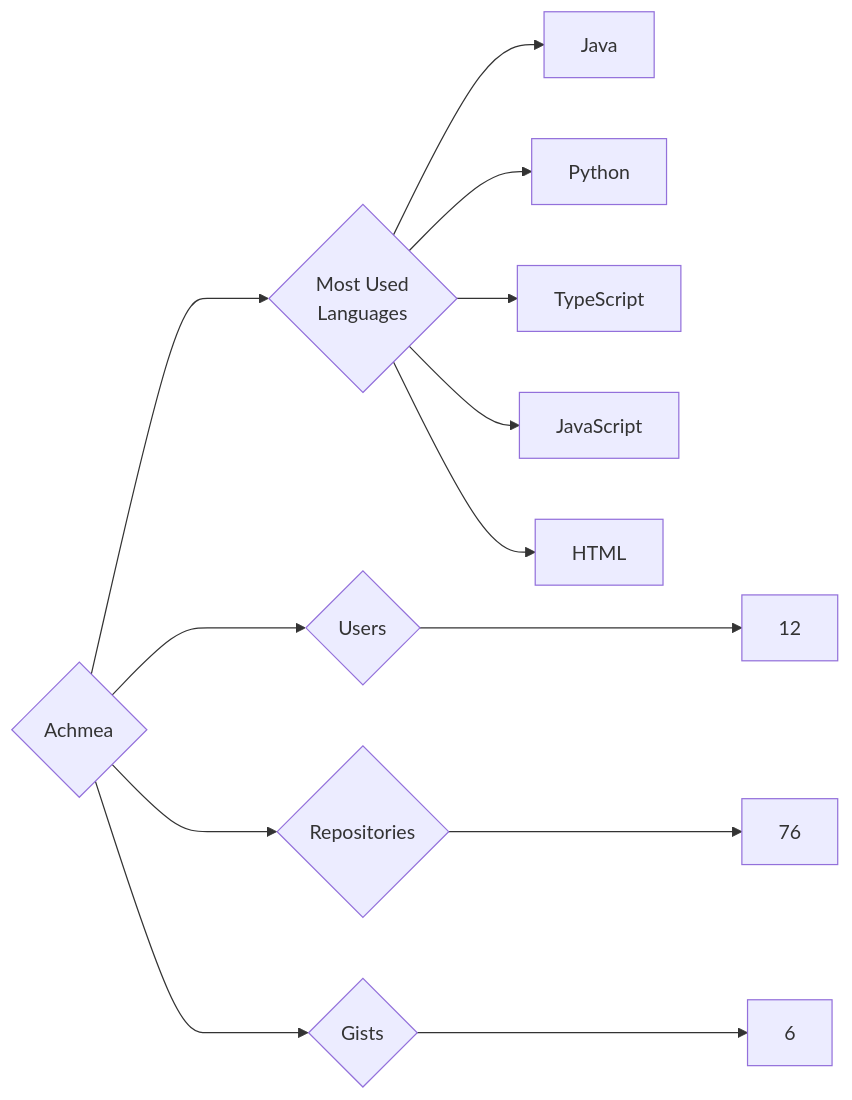
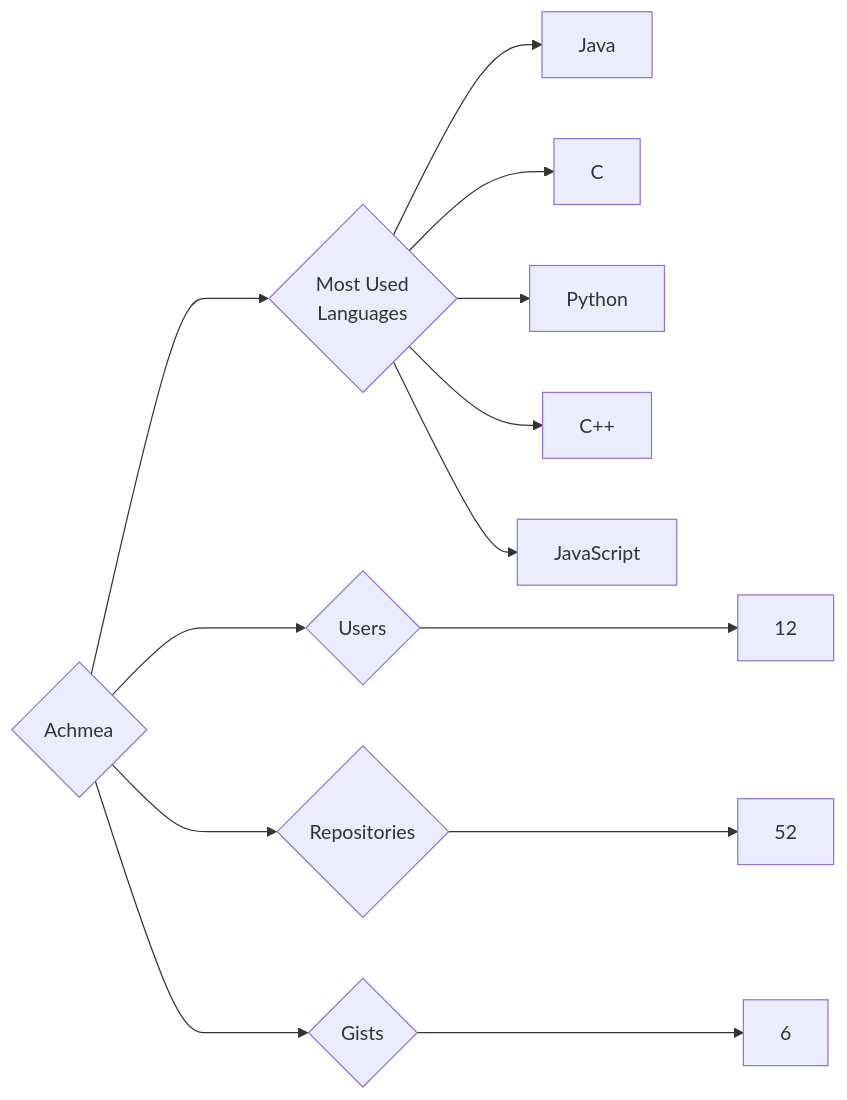
Before and after one commit to trickest/insiders: the diagram in targets/Achmea/README.md, drawn with Mermaid. The commit also changed 688 other files, not shown here.

````diff
--- a/targets/Achmea/README.md
+++ b/targets/Achmea/README.md
@@ -3,13 +3,13 @@
 ```mermaid
 graph LR
 COMPANY_NAME{Achmea}
 COMPANY_NAME ---> U{Users} ---> UN[12]
-COMPANY_NAME ---> R{Repositories} ---> RN[76]
+COMPANY_NAME ---> R{Repositories} ---> RN[52]
 COMPANY_NAME ---> G{Gists} ---> GN[6]
 COMPANY_NAME ---> ML{Most Used<br>Languages}
 ML --> Java[Java]
+ML --> C[C]
 ML --> Python[Python]
-ML --> TypeScript[TypeScript]
+ML --> C++[C++]
 ML --> JavaScript[JavaScript]
-ML --> HTML[HTML]
 ```
````
